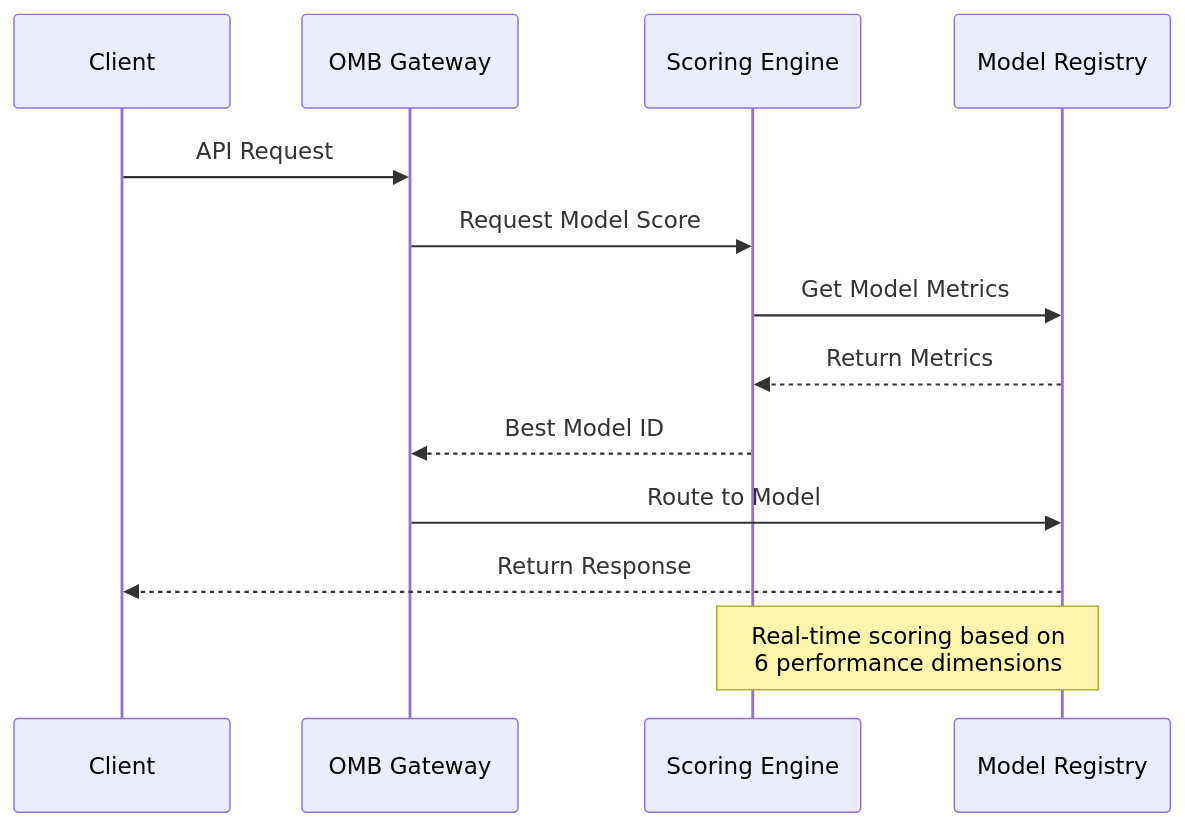
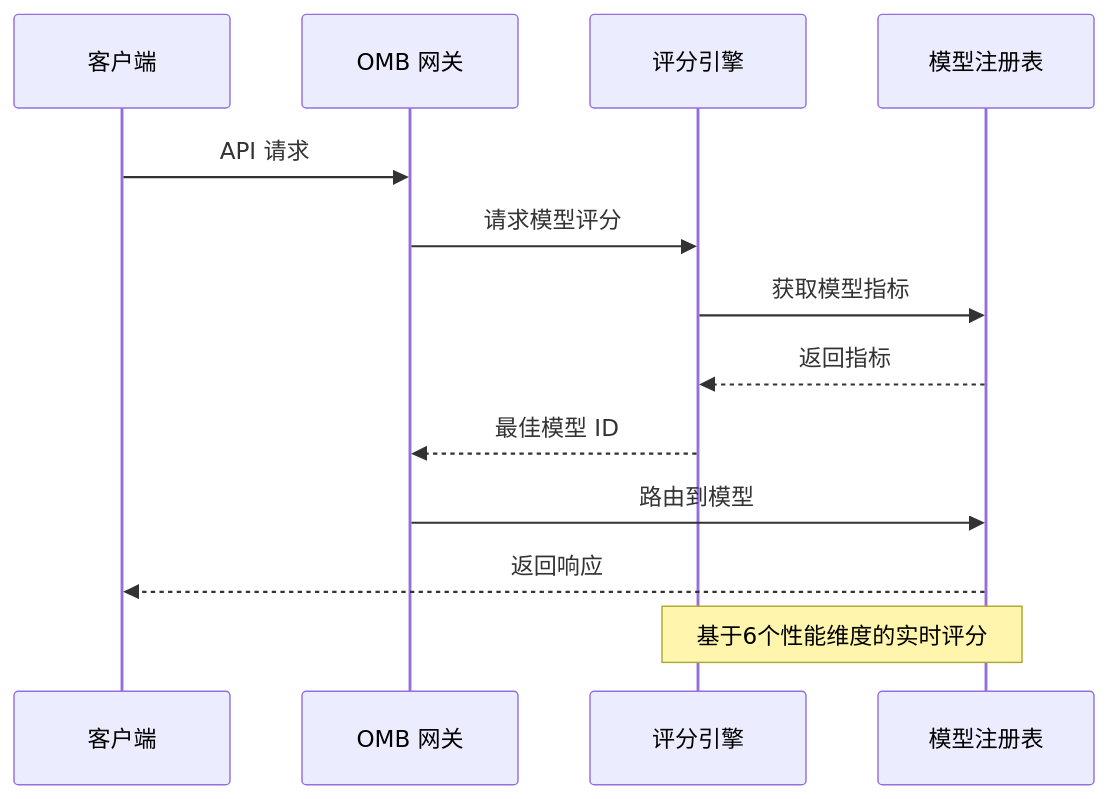
The second of 2 diagrams in README.md (linux503/model-auto-switch), drawn with Mermaid before and after one commit. The commit also changed other lines of this file and 1 other file, not shown here.

````diff
--- a/README.md
+++ b/README.md
@@ -208,17 +208,17 @@
 ```mermaid
 sequenceDiagram
-    participant C as Client
-    participant O as OMB Gateway
-    participant S as Scoring Engine
-    participant M as Model Registry
+    participant C as 客户端
+    participant O as OMB 网关
+    participant S as 评分引擎
+    participant M as 模型注册表
     
-    C->>O: API Request
-    O->>S: Request Model Score
-    S->>M: Get Model Metrics
-    M-->>S: Return Metrics
-    S-->>O: Best Model ID
-    O->>M: Route to Model
-    M-->>C: Return Response
+    C->>O: API 请求
+    O->>S: 请求模型评分
+    S->>M: 获取模型指标
+    M-->>S: 返回指标
+    S-->>O: 最佳模型 ID
+    O->>M: 路由到模型
+    M-->>C: 返回响应
     
-    Note over S,M: Real-time scoring based on<br/>6 performance dimensions
+    Note over S,M: 基于6个性能维度的实时评分
 ```
````
